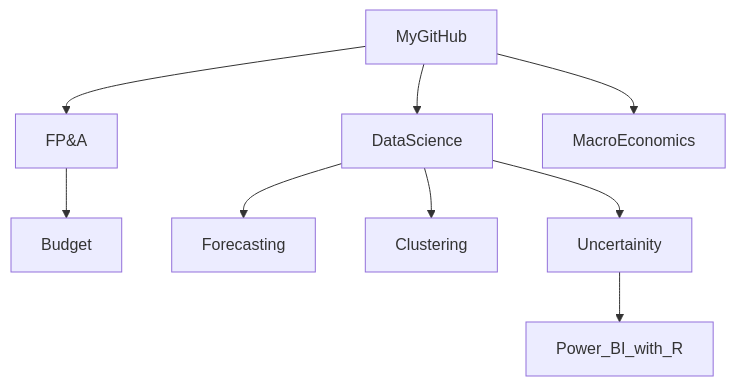
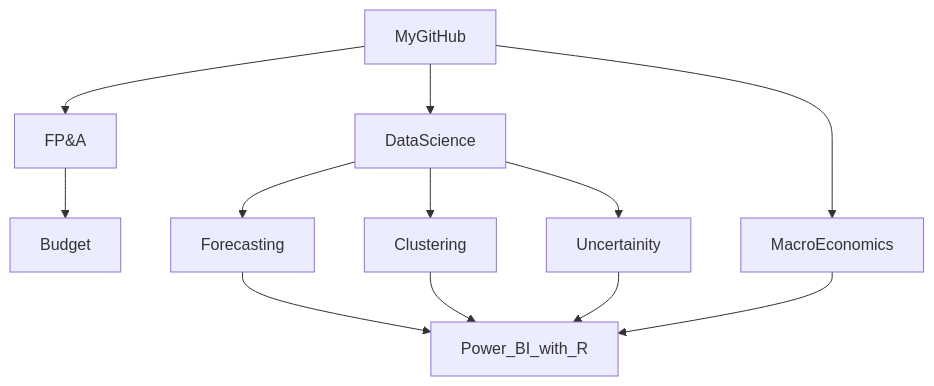
The diagram in README.md (md3629/md3629), drawn with Mermaid before and after one commit.

````diff
--- a/README.md
+++ b/README.md
@@ -9,11 +9,14 @@
 ```mermaid
 graph TD;
     MyGitHub-->FP&A;
     FP&A-->Budget;
     MyGitHub-->DataScience;
     MyGitHub-->MacroEconomics;
     DataScience-->Forecasting;
     DataScience-->Clustering;
     DataScience-->Uncertainity;
     Uncertainity-->Power_BI_with_R;
+    MacroEconomics-->Power_BI_with_R;
+    Forecasting-->Power_BI_with_R;
+    Clustering-->Power_BI_with_R;
 ```
````
